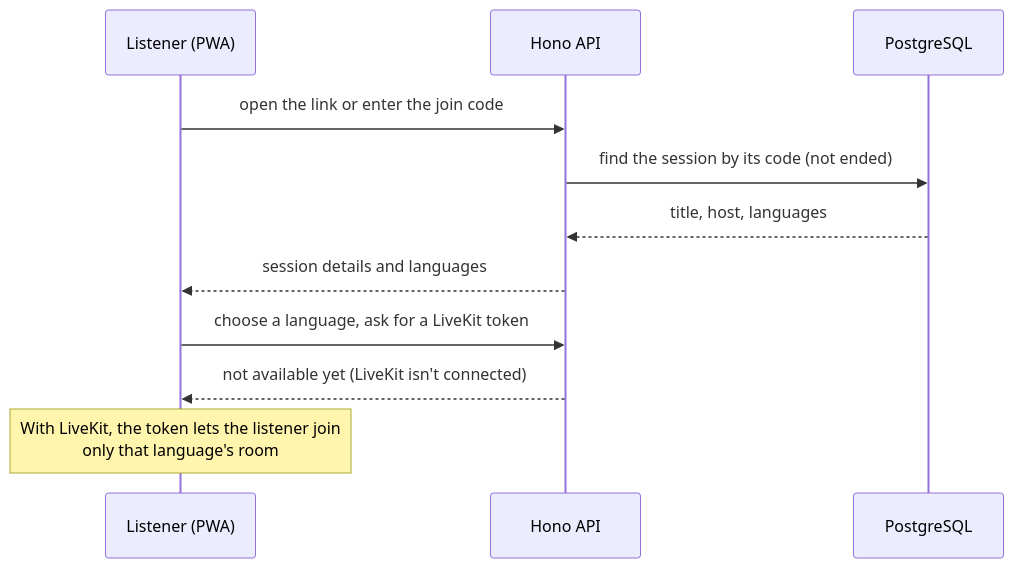
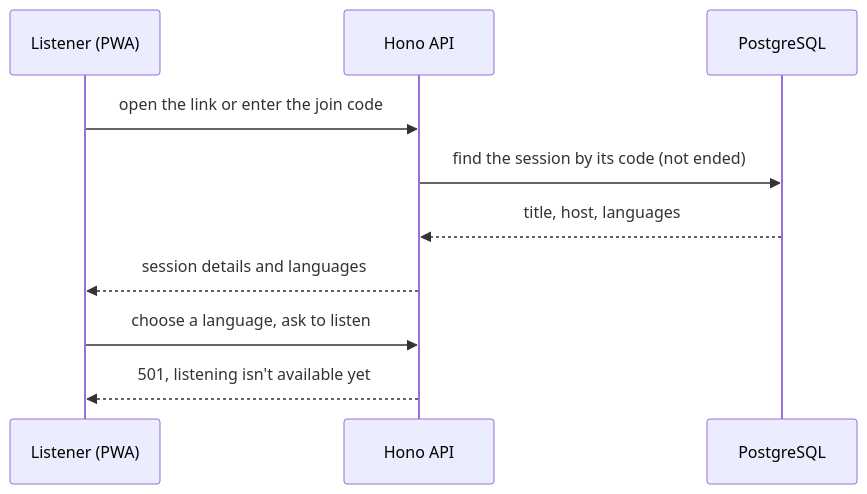
Before and after one commit to WH1TE-SHAD0W/ai-dubbing-studio: the third of 5 diagrams in docs/architecture.md, drawn with Mermaid. The commit also changed other lines of this file and 9 other files, not shown here.

First line of the commit message:
docs: describe what is built, without LiveKit status

````diff
--- a/docs/architecture.md
+++ b/docs/architecture.md
@@ -118,13 +103,12 @@
 ```mermaid
 sequenceDiagram
   participant L as Listener (PWA)
   participant A as Hono API
   participant D as PostgreSQL
   L->>A: open the link or enter the join code
   A->>D: find the session by its code (not ended)
   D-->>A: title, host, languages
   A-->>L: session details and languages
-  L->>A: choose a language, ask for a LiveKit token
-  A-->>L: not available yet (LiveKit isn't connected)
-  Note over L: With LiveKit, the token lets the listener join<br/>only that language's room
+  L->>A: choose a language, ask to listen
+  A-->>L: 501, listening isn't available yet
 ```
````
